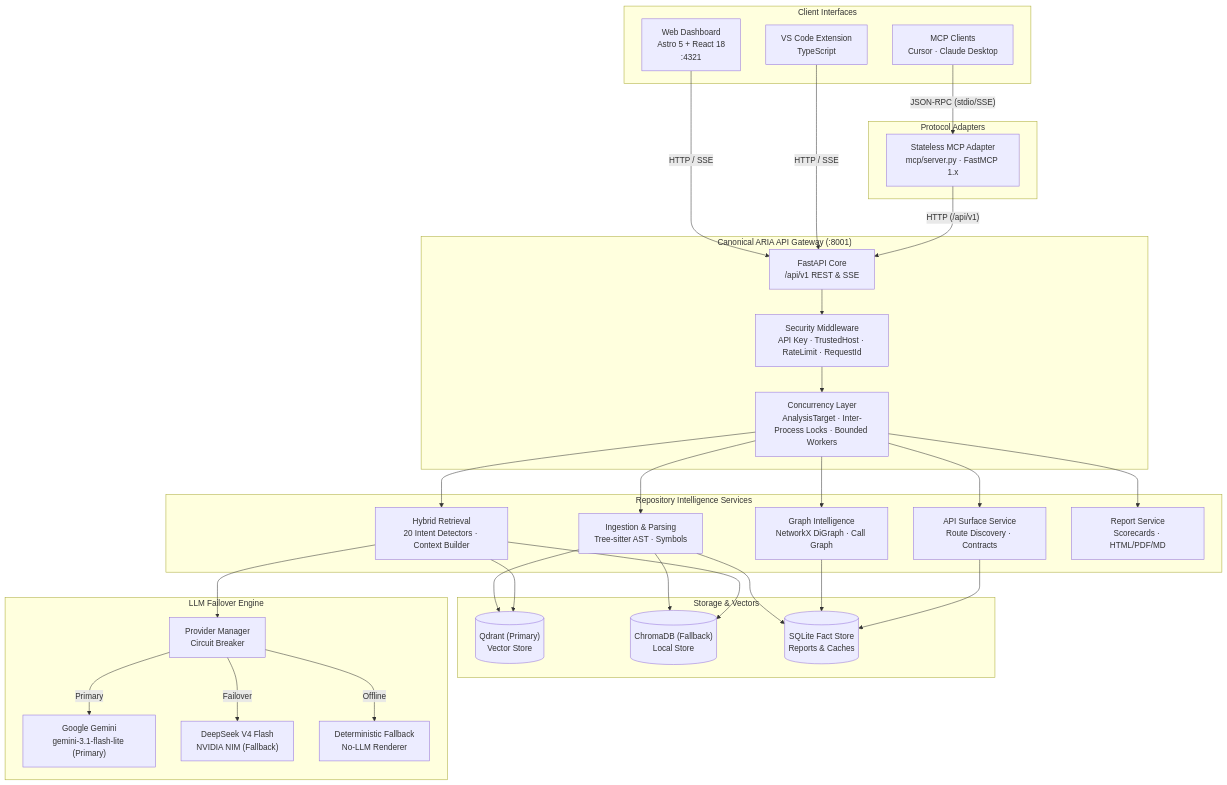
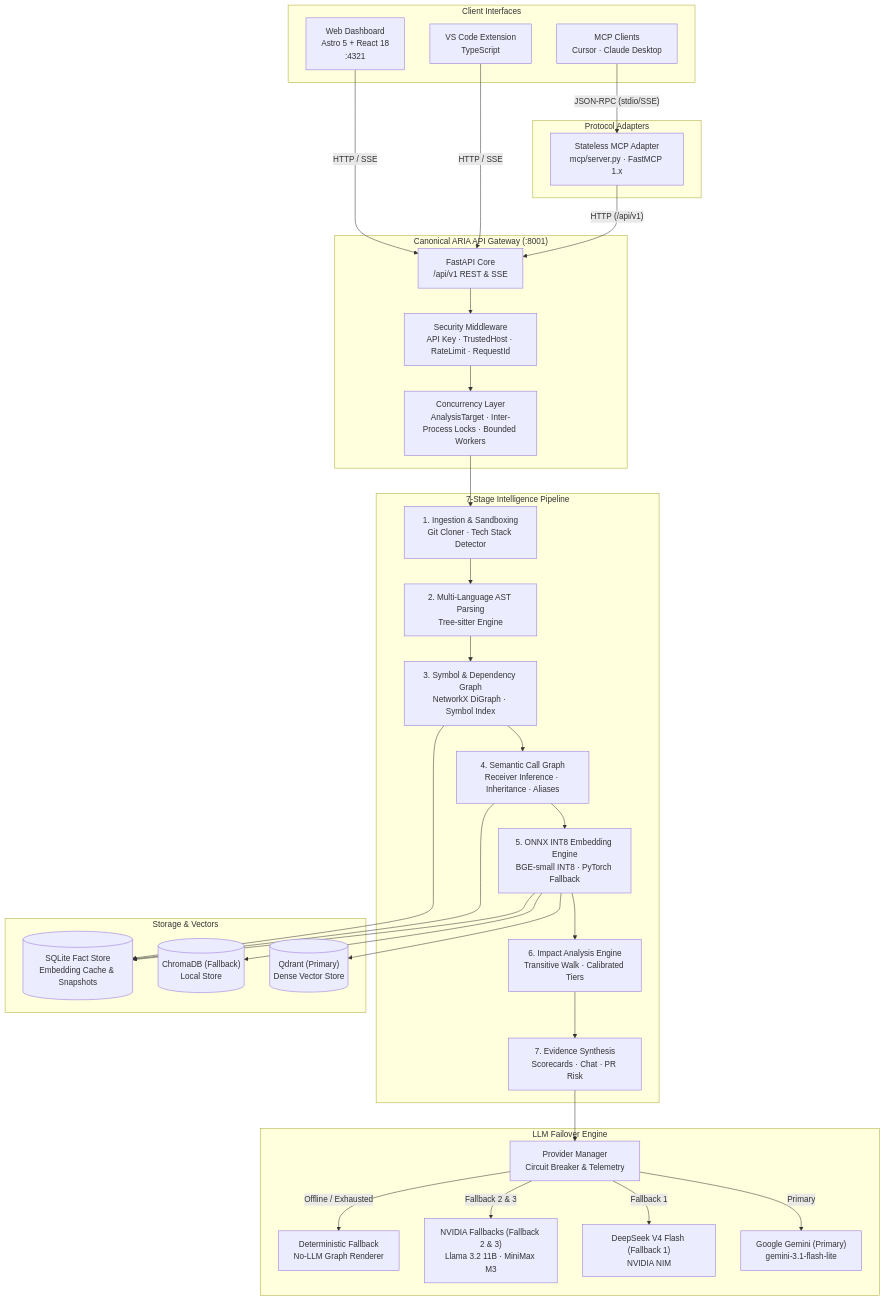
The diagram in README.md (VarshithReddy2006/ARIA), drawn with Mermaid before and after one commit. The commit also changed other lines of this file and 231 other files, not shown here.

````diff
--- a/README.md
+++ b/README.md
@@ -283,65 +291,62 @@
 ```mermaid
 flowchart TD
     subgraph clients["Client Interfaces"]
         W["Web Dashboard\nAstro 5 + React 18\n:4321"]
         V["VS Code Extension\nTypeScript"]
         M["MCP Clients\nCursor · Claude Desktop"]
     end
 
     subgraph adapter["Protocol Adapters"]
         MA["Stateless MCP Adapter\nmcp/server.py · FastMCP 1.x"]
     end
 
     subgraph api["Canonical ARIA API Gateway (:8001)"]
         GW["FastAPI Core\n/api/v1 REST & SSE"]
         MW["Security Middleware\nAPI Key · TrustedHost · RateLimit · RequestId"]
         CONC["Concurrency Layer\nAnalysisTarget · Inter-Process Locks · Bounded Workers"]
     end
 
-    subgraph services["Repository Intelligence Services"]
-        ING["Ingestion & Parsing\nTree-sitter AST · Symbols"]
-        GRP["Graph Intelligence\nNetworkX DiGraph · Call Graph"]
-        API_SRV["API Surface Service\nRoute Discovery · Contracts"]
-        RET["Hybrid Retrieval\n20 Intent Detectors · Context Builder"]
-        REP["Report Service\nScorecards · HTML/PDF/MD"]
+    subgraph pipeline["7-Stage Intelligence Pipeline"]
+        ING["1. Ingestion & Sandboxing\nGit Cloner · Tech Stack Detector"]
+        AST["2. Multi-Language AST Parsing\nTree-sitter Engine"]
+        SYM["3. Symbol & Dependency Graph\nNetworkX DiGraph · Symbol Index"]
+        CG["4. Semantic Call Graph\nReceiver Inference · Inheritance · Aliases"]
+        EMB["5. ONNX INT8 Embedding Engine\nBGE-small INT8 · PyTorch Fallback"]
+        IMP["6. Impact Analysis Engine\nTransitive Walk · Calibrated Tiers"]
+        INT["7. Evidence Synthesis\nScorecards · Chat · PR Risk"]
     end
 
     subgraph storage["Storage & Vectors"]
-        QD[("Qdrant (Primary)\nVector Store")]
+        QD[("Qdrant (Primary)\nDense Vector Store")]
         CH[("ChromaDB (Fallback)\nLocal Store")]
-        SQL[("SQLite Fact Store\nReports & Caches")]
+        SQL[("SQLite Fact Store\nEmbedding Cache & Snapshots")]
     end
 
     subgraph llm["LLM Failover Engine"]
-        PM["Provider Manager\nCircuit Breaker"]
-        GEM["Google Gemini\ngemini-3.1-flash-lite (Primary)"]
-        DS["DeepSeek V4 Flash\nNVIDIA NIM (Fallback)"]
-        FB["Deterministic Fallback\nNo-LLM Renderer"]
+        PM["Provider Manager\nCircuit Breaker & Telemetry"]
+        GEM["Google Gemini (Primary)\ngemini-3.1-flash-lite"]
+        DS["DeepSeek V4 Flash (Fallback 1)\nNVIDIA NIM"]
+        NV["NVIDIA Fallbacks (Fallback 2 & 3)\nLlama 3.2 11B · MiniMax M3"]
+        FB["Deterministic Fallback\nNo-LLM Graph Renderer"]
     end
 
     W -->|"HTTP / SSE"| GW
     V -->|"HTTP / SSE"| GW
     M -->|"JSON-RPC (stdio/SSE)"| MA
     MA -->|"HTTP (/api/v1)"| GW
 
     GW --> MW --> CONC
-    CONC --> ING
-    CONC --> GRP
-    CONC --> API_SRV
-    CONC --> RET
-    CONC --> REP
+    CONC --> ING --> AST --> SYM --> CG --> EMB --> IMP --> INT
 
-    ING --> QD
-    ING --> CH
-    ING --> SQL
-    GRP --> SQL
-    API_SRV --> SQL
+    EMB --> QD
+    EMB --> CH
+    EMB --> SQL
+    SYM --> SQL
+    CG --> SQL
 
-    RET --> QD
-    RET --> CH
-    RET --> PM
-
+    INT --> PM
     PM -->|"Primary"| GEM
-    PM -->|"Failover"| DS
-    PM -->|"Offline"| FB
+    PM -->|"Fallback 1"| DS
+    PM -->|"Fallback 2 & 3"| NV
+    PM -->|"Offline / Exhausted"| FB
 ```
````
